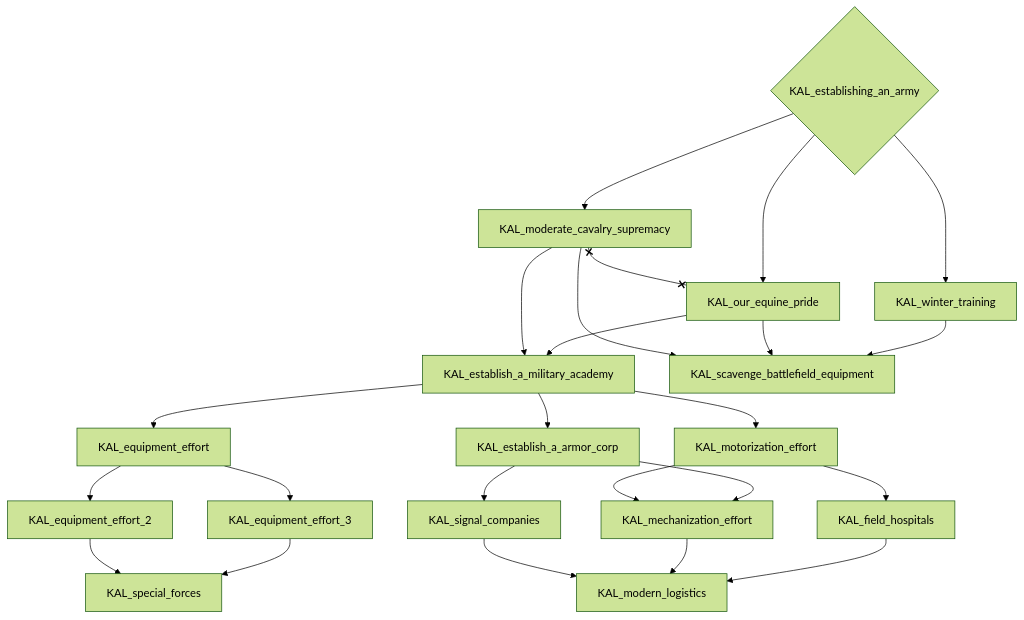
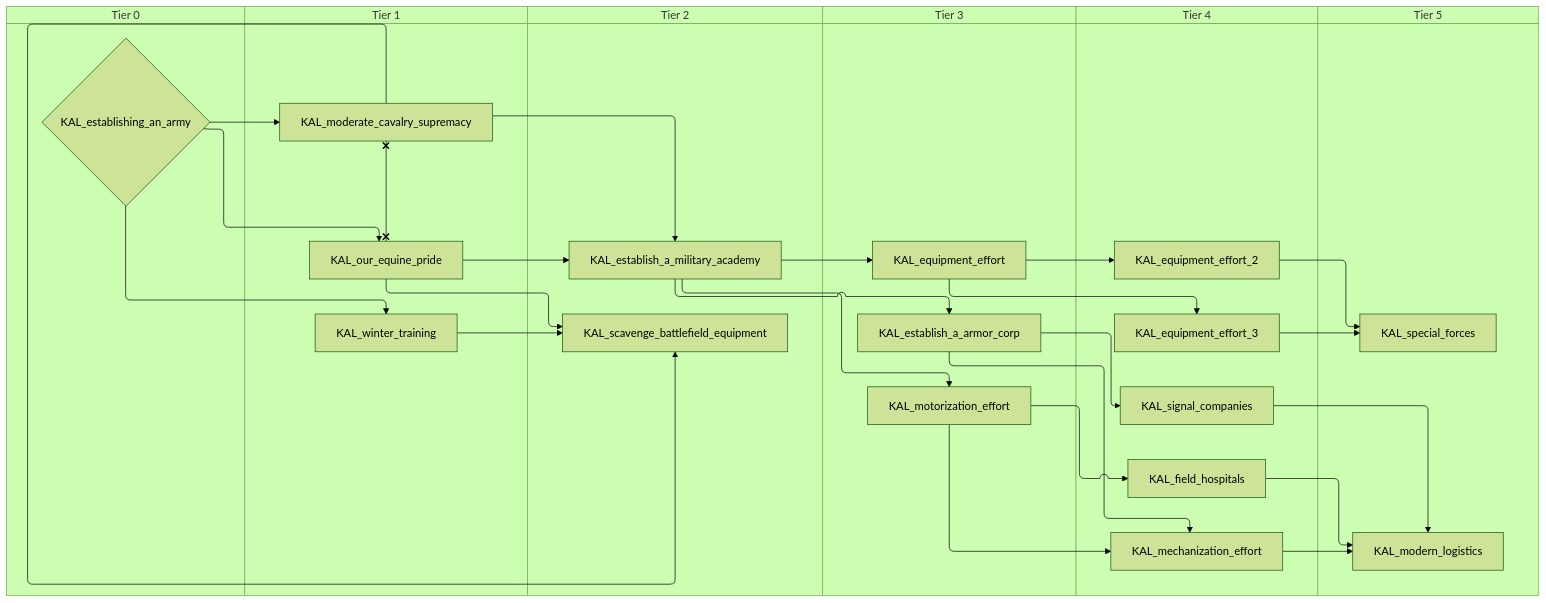
One commit to evgeny-sobol/hoi4-sandbox-mode-r56 changed the first of 2 diagrams in docs/gdd/National Focuses/kalmykia.md. Above: the diagram before and after it, drawn with Mermaid (forest theme). The commit also changed other lines of this file and 423 other files, not shown here.

First line of the commit message:
Re-export Rt56 focus trees as swimlane diagrams

````diff
--- a/docs/gdd/National Focuses/kalmykia.md
+++ b/docs/gdd/National Focuses/kalmykia.md
@@ -3,42 +3,54 @@
 ```mermaid
-flowchart TD
-    n1["KAL_equipment_effort"]
-    n2["KAL_equipment_effort_2"]
-    n3["KAL_equipment_effort_3"]
-    n4["KAL_establish_a_armor_corp"]
-    n5["KAL_establish_a_military_academy"]
-    n6{"KAL_establishing_an_army"}
-    n7["KAL_field_hospitals"]
-    n8["KAL_mechanization_effort"]
-    n9["KAL_moderate_cavalry_supremacy"]
-    n10["KAL_modern_logistics"]
-    n11["KAL_motorization_effort"]
-    n12["KAL_our_equine_pride"]
-    n13["KAL_scavenge_battlefield_equipment"]
-    n14["KAL_signal_companies"]
-    n15["KAL_special_forces"]
-    n16["KAL_winter_training"]
-    n5 --> n1
+swimlane-beta TD
+    subgraph tier_0["Tier 0"]
+        n1{"KAL_establishing_an_army"}
+    end
+    subgraph tier_1["Tier 1"]
+        n2["KAL_moderate_cavalry_supremacy"]
+        n3["KAL_our_equine_pride"]
+        n4["KAL_winter_training"]
+    end
+    subgraph tier_2["Tier 2"]
+        n5["KAL_establish_a_military_academy"]
+        n6["KAL_scavenge_battlefield_equipment"]
+    end
+    subgraph tier_3["Tier 3"]
+        n7["KAL_equipment_effort"]
+        n8["KAL_establish_a_armor_corp"]
+        n9["KAL_motorization_effort"]
+    end
+    subgraph tier_4["Tier 4"]
+        n10["KAL_equipment_effort_2"]
+        n11["KAL_equipment_effort_3"]
+        n12["KAL_field_hospitals"]
+        n13["KAL_mechanization_effort"]
+        n14["KAL_signal_companies"]
+    end
+    subgraph tier_5["Tier 5"]
+        n15["KAL_modern_logistics"]
+        n16["KAL_special_forces"]
+    end
+    n5 --> n7
+    n7 --> n10
+    n7 --> n11
+    n5 --> n8
+    n3 --> n5
+    n2 --> n5
+    n9 --> n12
+    n8 --> n13
+    n9 --> n13
     n1 --> n2
+    n12 --> n15
+    n13 --> n15
+    n14 --> n15
+    n5 --> n9
     n1 --> n3
-    n5 --> n4
-    n12 --> n5
-    n9 --> n5
-    n11 --> n7
-    n4 --> n8
-    n11 --> n8
-    n6 --> n9
-    n7 --> n10
-    n8 --> n10
-    n14 --> n10
-    n5 --> n11
-    n6 --> n12
-    n16 --> n13
-    n12 --> n13
-    n9 --> n13
-    n4 --> n14
-    n3 --> n15
-    n2 --> n15
-    n6 --> n16
-    n9 x--x n12
+    n4 --> n6
+    n3 --> n6
+    n2 --> n6
+    n8 --> n14
+    n11 --> n16
+    n10 --> n16
+    n1 --> n4
+    n2 x--x n3
 ```
````
